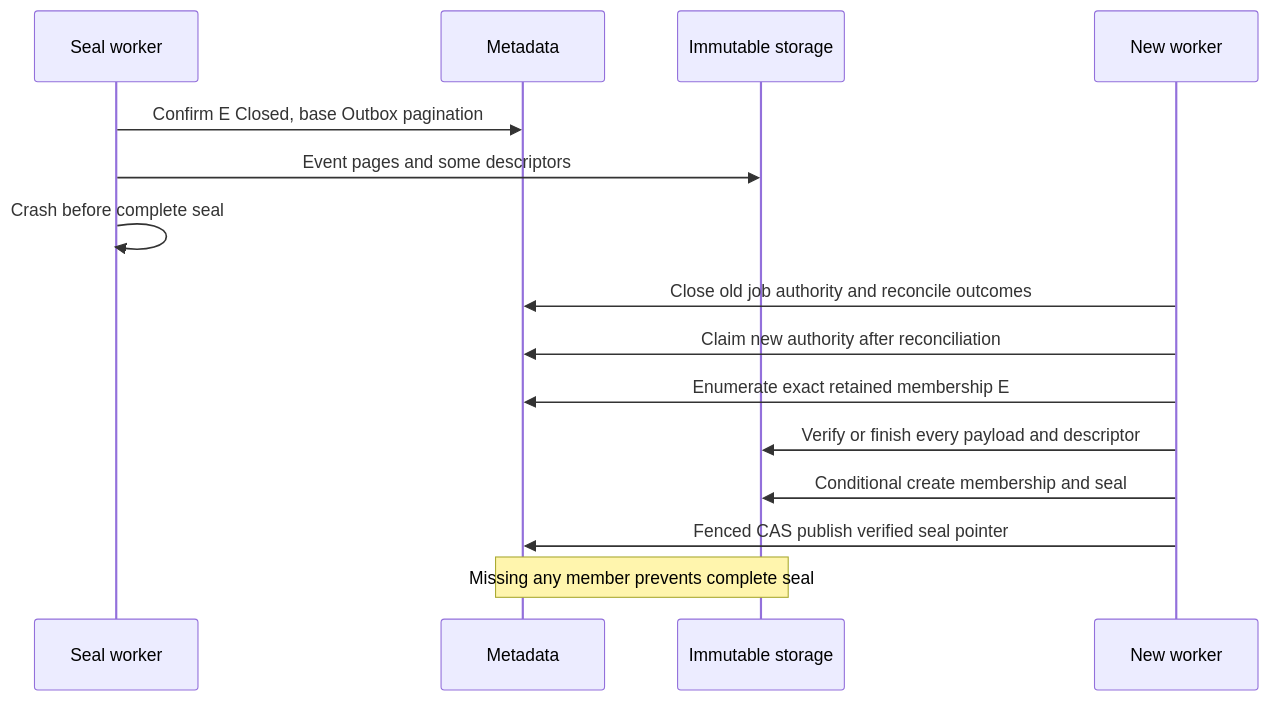
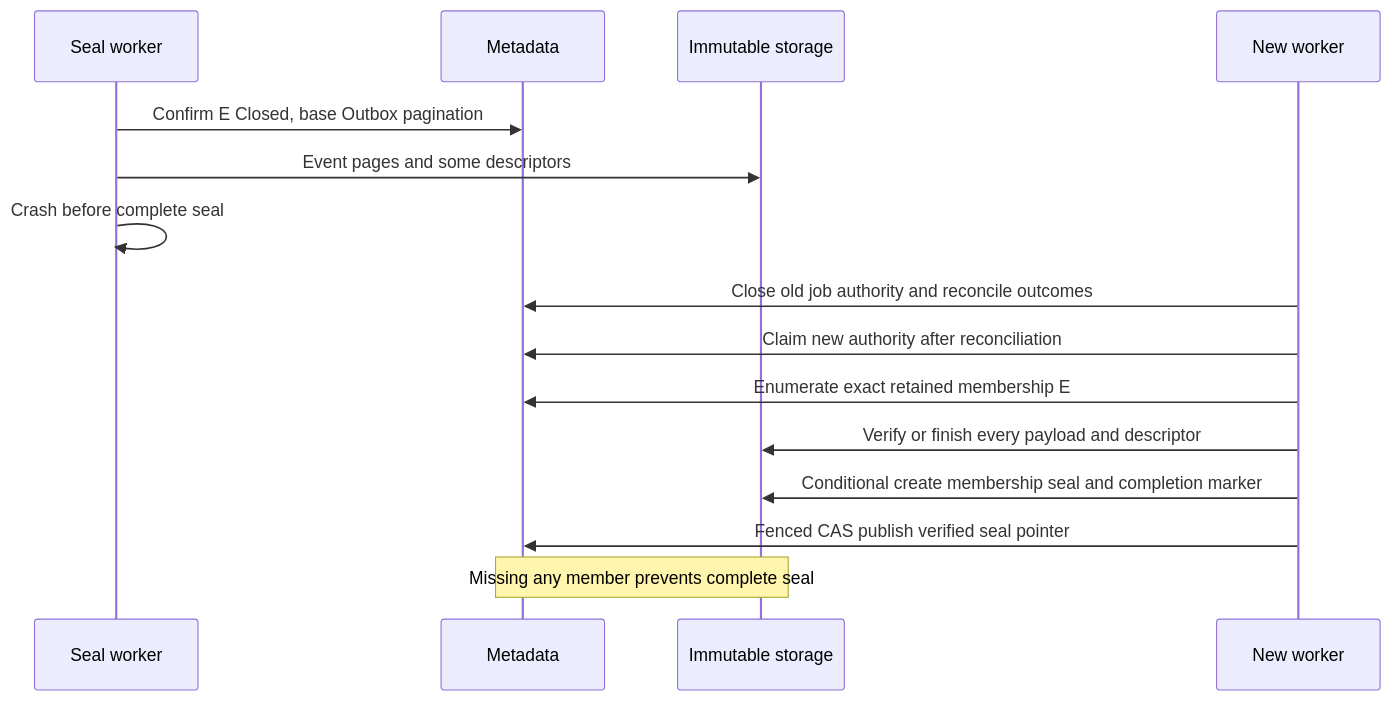
The third of 4 diagrams in docs/contracts/r2-recovery.md (KinasTomes/miles), drawn with Mermaid before and after one commit. The commit also changed other lines of this file and 4 other files, not shown here.

````diff
--- a/docs/contracts/r2-recovery.md
+++ b/docs/contracts/r2-recovery.md
@@ -434,17 +478,17 @@
 ```mermaid
 sequenceDiagram
     participant J as Seal worker
     participant M as Metadata
     participant S as Immutable storage
     participant N as New worker
     J->>M: Confirm E Closed, base Outbox pagination
     J->>S: Event pages and some descriptors
     J->>J: Crash before complete seal
     N->>M: Close old job authority and reconcile outcomes
     N->>M: Claim new authority after reconciliation
     N->>M: Enumerate exact retained membership E
     N->>S: Verify or finish every payload and descriptor
-    N->>S: Conditional create membership and seal
+    N->>S: Conditional create membership seal and completion marker
     N->>M: Fenced CAS publish verified seal pointer
     Note over M,S: Missing any member prevents complete seal
 ```
````
